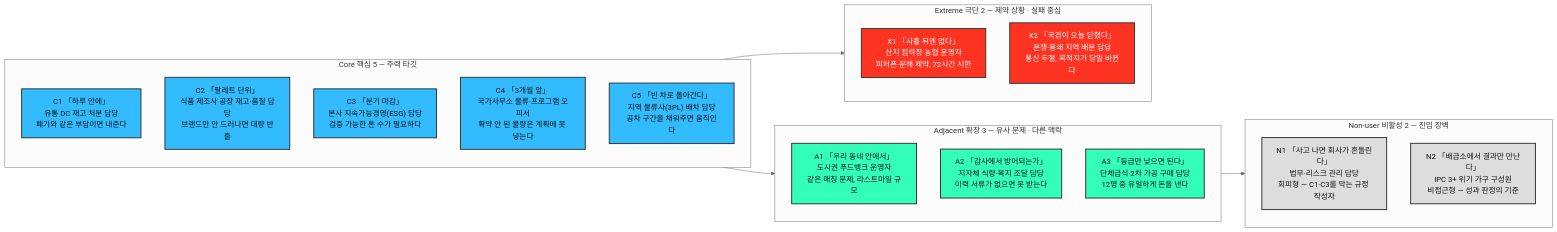
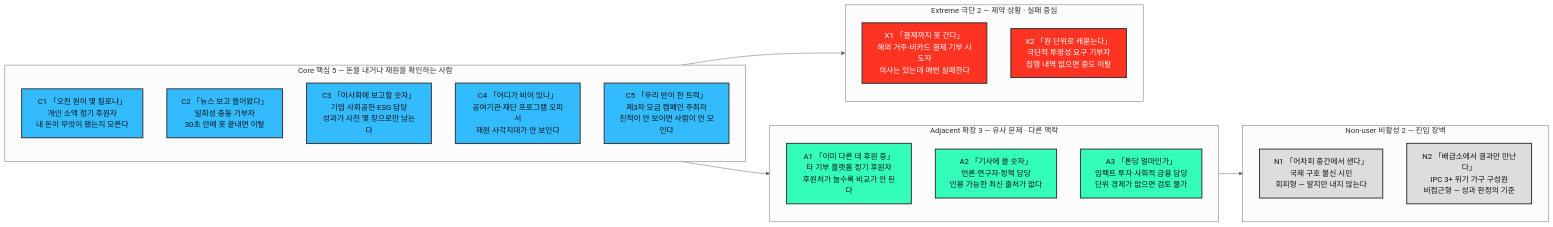
Before and after one commit to wild-mental/business-research-practice-2026-sesac: the second of 3 diagrams in 05-persona-journey/분석-03-식량-재분배-플랫폼-페르소나-스펙트럼.md, drawn with Mermaid (neutral theme). The commit also changed other lines of this file and 2 other files, not shown here.

````diff
--- a/05-persona-journey/분석-03-식량-재분배-플랫폼-페르소나-스펙트럼.md
+++ b/05-persona-journey/분석-03-식량-재분배-플랫폼-페르소나-스펙트럼.md
@@ -41,42 +102,42 @@
 ```mermaid
 graph LR
 %% subgraph 안에 direction 을 넣지 말 것.
 %% 내부 노드끼리 연결선이 없어 모두 같은 rank 이므로, 진행 방향의 직각으로 배치된다.
 %% 부모의 LR 을 물려받아야 세로로 쌓이고, TB 를 주면 가로로 퍼진다.
-    subgraph CORE["Core 핵심 5 — 주력 타깃"]
-        C1["C1 「하루 안에」<br>유통 DC 재고 처분 담당<br>폐기와 같은 부담이면 내준다"]
-        C2["C2 「팔레트 단위」<br>식품 제조사 공장 재고·품질 담당<br>브랜드만 안 드러나면 대량 반출"]
-        C3["C3 「분기 마감」<br>본사 지속가능경영(ESG) 담당<br>검증 가능한 톤 수가 필요하다"]
-        C4["C4 「3개월 앞」<br>국가사무소 물류·프로그램 오피서<br>확약 안 된 물량은 계획에 못 넣는다"]
-        C5["C5 「빈 차로 돌아간다」<br>지역 물류사(3PL) 배차 담당<br>공차 구간을 채워주면 움직인다"]
+    subgraph CORE["Core 핵심 5 — 돈을 내거나 재원을 확인하는 사람"]
+        C1["C1 「오천 원이 몇 킬로냐」<br>개인 소액 정기 후원자<br>내 돈이 무엇이 됐는지 모른다"]
+        C2["C2 「뉴스 보고 들어왔다」<br>일회성 충동 기부자<br>30초 안에 못 끝내면 이탈"]
+        C3["C3 「이사회에 보고할 숫자」<br>기업 사회공헌·ESG 담당<br>성과가 사진 몇 장으로만 남는다"]
+        C4["C4 「어디가 비어 있나」<br>공여기관·재단 프로그램 오피서<br>재원 사각지대가 안 보인다"]
+        C5["C5 「우리 반이 한 트럭」<br>제3자 모금 캠페인 주최자<br>진척이 안 보이면 사람이 안 모인다"]
     end
 
     subgraph ADJ["Adjacent 확장 3 — 유사 문제 · 다른 맥락"]
-        A1["A1 「우리 동네 안에서」<br>도시권 푸드뱅크 운영자<br>같은 매칭 문제, 라스트마일 규모"]
-        A2["A2 「감사에서 방어되는가」<br>지자체 식량·복지 조달 담당<br>이력 서류가 없으면 못 받는다"]
-        A3["A3 「등급만 낮으면 된다」<br>단체급식·2차 가공 구매 담당<br>12명 중 유일하게 돈을 낸다"]
+        A1["A1 「이미 다른 데 후원 중」<br>타 기부 플랫폼 정기 후원자<br>후원처가 늘수록 비교가 안 된다"]
+        A2["A2 「기사에 쓸 숫자」<br>언론·연구자·정책 담당<br>인용 가능한 최신 출처가 없다"]
+        A3["A3 「톤당 얼마인가」<br>임팩트 투자·사회적 금융 담당<br>단위 경제가 없으면 검토 불가"]
     end
 
     subgraph EXT["Extreme 극단 2 — 제약 상황 · 실패 중심"]
-        X1["X1 「사흘 뒤엔 없다」<br>산지 집하장·농협 운영자<br>피처폰·문해 제약, 72시간 시한"]
-        X2["X2 「국경이 오늘 닫혔다」<br>분쟁·봉쇄 지역 배분 담당<br>통신 두절, 목적지가 당일 바뀐다"]
+        X1["X1 「결제까지 못 간다」<br>해외 거주·비카드 결제 기부 시도자<br>의사는 있는데 매번 실패한다"]
+        X2["X2 「원 단위로 캐묻는다」<br>극단적 투명성 요구 기부자<br>집행 내역 없으면 중도 이탈"]
     end
 
     subgraph NON["Non-user 비활성 2 — 진입 장벽"]
-        N1["N1 「사고 나면 회사가 흔들린다」<br>법무·리스크 관리 담당<br>회피형 — C1·C3를 막는 규정 작성자"]
+        N1["N1 「어차피 중간에서 샌다」<br>국제 구호 불신 시민<br>회피형 — 알지만 내지 않는다"]
         N2["N2 「배급소에서 결과만 만난다」<br>IPC 3+ 위기 가구 구성원<br>비접근형 — 성과 판정의 기준"]
     end
 
     CORE --> ADJ
     CORE --> EXT
     ADJ --> NON
 
     classDef core fill:#33BBFF,stroke:#333,stroke-width:2px,color:#111;
     classDef adj fill:#33FFBB,stroke:#333,stroke-width:2px,color:#111;
     classDef ext fill:#FF3322,stroke:#333,stroke-width:2px,color:#fff;
     classDef non fill:#DDDDDD,stroke:#333,stroke-width:2px,color:#111;
     class C1,C2,C3,C4,C5 core;
     class A1,A2,A3 adj;
     class X1,X2 ext;
     class N1,N2 non;
 ```
````
